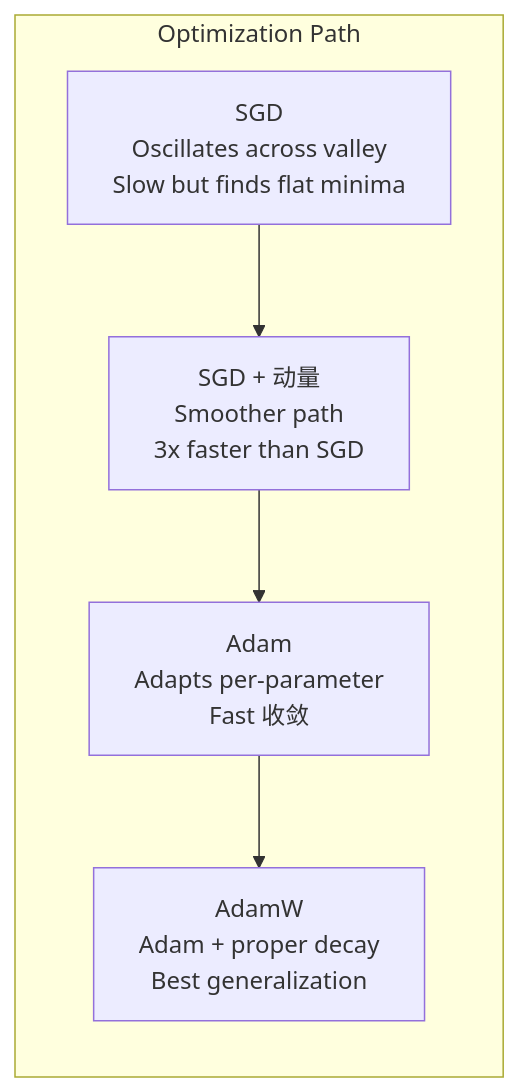
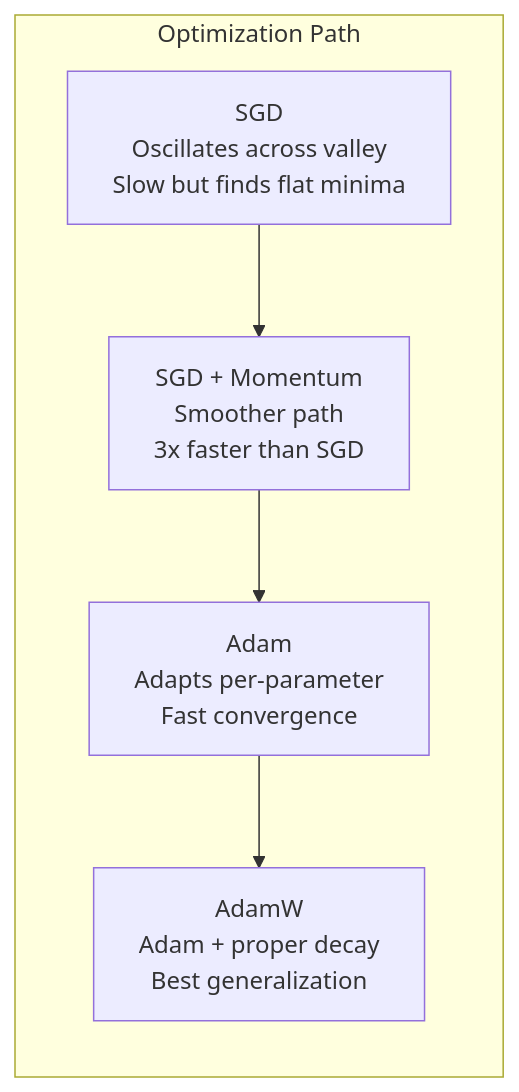
The second of 3 diagrams in phases/03-deep-learning-core/06-optimizers/docs/zh.md (arwei944/ai-engineering-from-scratch), drawn with Mermaid before and after one commit. The commit also changed other lines of this file and 65 other files, not shown here.

````diff
--- a/phases/03-deep-learning-core/06-optimizers/docs/zh.md
+++ b/phases/03-deep-learning-core/06-optimizers/docs/zh.md
@@ -143,10 +143,10 @@
 ```mermaid
 flowchart LR
     subgraph "Optimization Path"
         SGD_P["SGD<br/>Oscillates across valley<br/>Slow but finds flat minima"]
-        Mom_P["SGD + 动量<br/>Smoother path<br/>3x faster than SGD"]
-        Adam_P["Adam<br/>Adapts per-parameter<br/>Fast 收敛"]
+        Mom_P["SGD + Momentum<br/>Smoother path<br/>3x faster than SGD"]
+        Adam_P["Adam<br/>Adapts per-parameter<br/>Fast convergence"]
         AdamW_P["AdamW<br/>Adam + proper decay<br/>Best generalization"]
     end
     SGD_P --> Mom_P --> Adam_P --> AdamW_P
 ```
````
